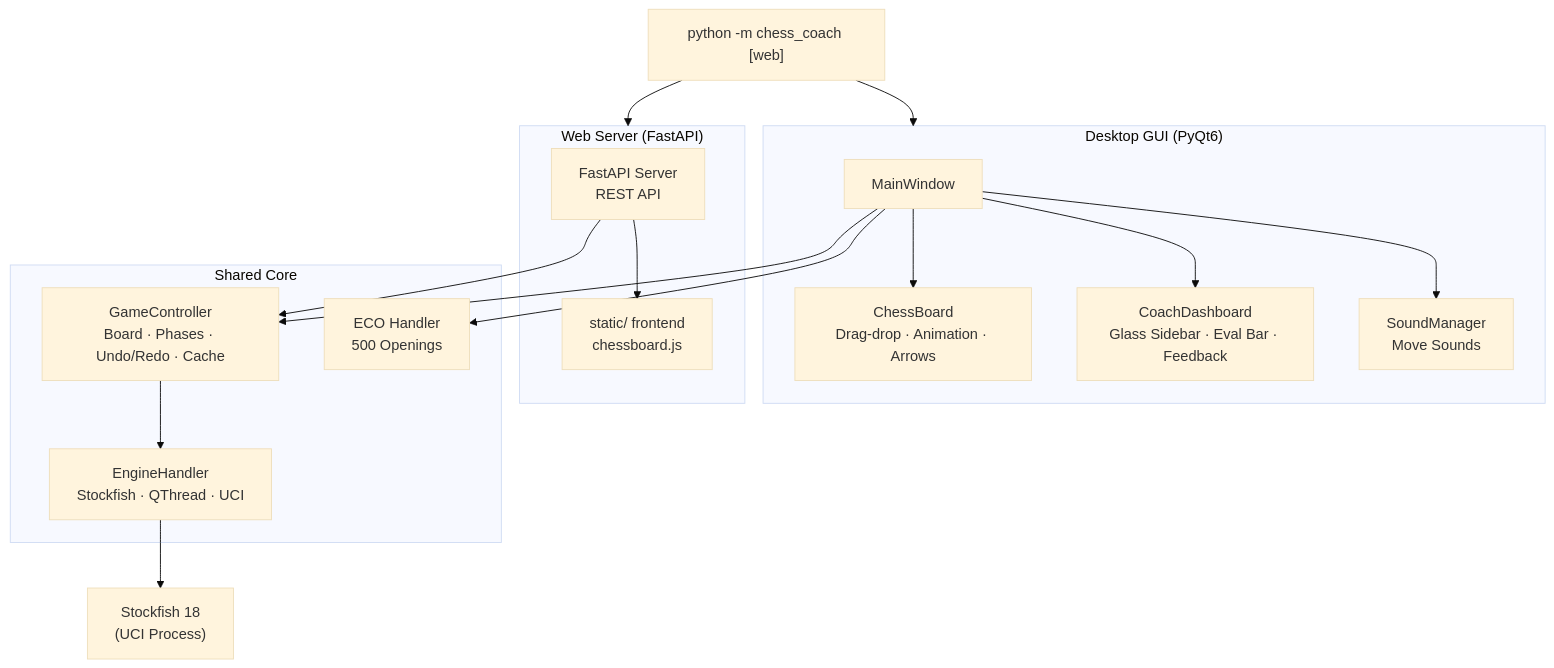
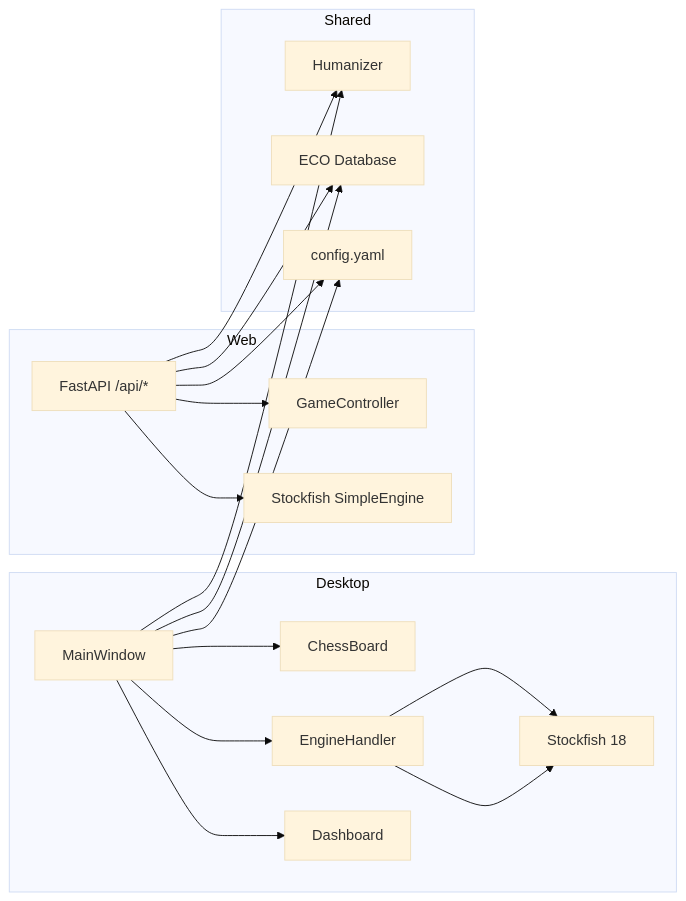
Before and after one commit to krsnaSuraj/chess-coach: the second of 2 diagrams in README.md, drawn with Mermaid (base theme). The commit also changed other lines of this file and 15 other files, not shown here.

````diff
--- a/README.md
+++ b/README.md
@@ -242,30 +93,28 @@
 ```mermaid
-graph TB
-    MAIN["python -m chess_coach [web]"]
-    
-    subgraph Desktop["Desktop GUI (PyQt6)"]
-        MW["MainWindow"]
-        CB["ChessBoard<br/>Drag-drop · Animation · Arrows"]
-        CD["CoachDashboard<br/>Glass Sidebar · Eval Bar · Feedback"]
-        SP["SoundManager<br/>Move Sounds"]
-        MW --> CB & CD & SP
+graph LR
+    subgraph Desktop
+        MW[MainWindow] --> CB[ChessBoard]
+        MW --> EH[EngineHandler]
+        MW --> DH[Dashboard]
+        EH --> SF[Stockfish 18]
     end
-    
-    subgraph Web["Web Server (FastAPI)"]
-        SV["FastAPI Server<br/>REST API"]
-        STATIC["static/ frontend<br/>chessboard.js"]
-        SV --> STATIC
+
+    subgraph Web
+        API[FastAPI /api/*] --> GC[GameController]
+        API --> SFW[Stockfish SimpleEngine]
     end
-    
-    subgraph Core["Shared Core"]
-        GC["GameController<br/>Board · Phases · Undo/Redo · Cache"]
-        EH["EngineHandler<br/>Stockfish · QThread · UCI"]
-        ECO["ECO Handler<br/>500 Openings"]
-        GC --> EH
-        MW --> GC & ECO
-        SV --> GC
+
+    subgraph Shared
+        H[Humanizer]
+        ECO[ECO Database]
+        CFG[config.yaml]
     end
-    
-    MAIN --> Desktop & Web
-    EH --> SF["Stockfish 18<br/>(UCI Process)"]
+
+    EH --> SF
+    MW --> H
+    API --> H
+    MW --> ECO
+    API --> ECO
+    MW --> CFG
+    API --> CFG
 ```
````
